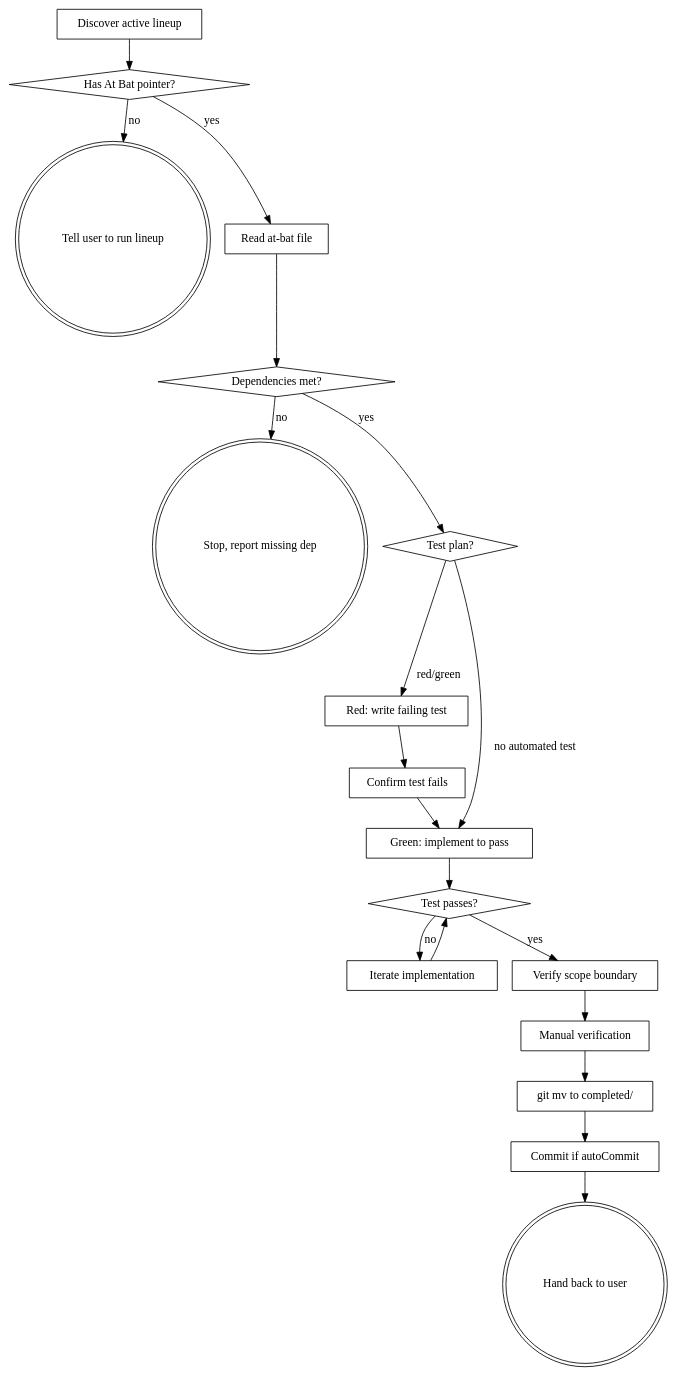
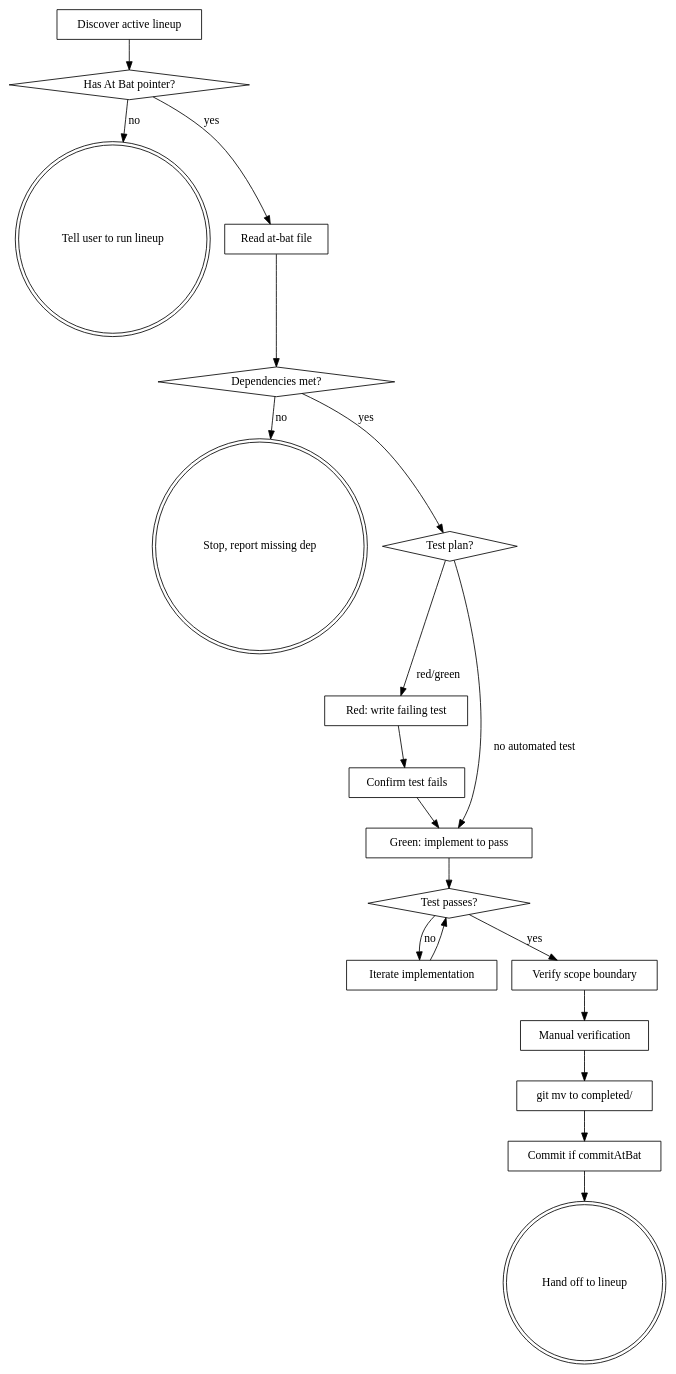
One commit to robmt/claude-tools changed the diagram in plugins/lineup/skills/at-bat/SKILL.md. Above: the diagram before and after it, drawn with Graphviz. The commit also changed other lines of this file and 14 other files, not shown here.

First line of the commit message:
Split commit flags, add autoContinue, mandate at-bat -> lineup verification

````diff
--- a/plugins/lineup/skills/at-bat/SKILL.md
+++ b/plugins/lineup/skills/at-bat/SKILL.md
@@ -115,40 +142,40 @@
 ```dot
 digraph atbat {
     "Discover active lineup" [shape=box];
     "Has At Bat pointer?" [shape=diamond];
     "Tell user to run lineup" [shape=doublecircle];
     "Read at-bat file" [shape=box];
     "Dependencies met?" [shape=diamond];
     "Stop, report missing dep" [shape=doublecircle];
     "Test plan?" [shape=diamond];
     "Red: write failing test" [shape=box];
     "Confirm test fails" [shape=box];
     "Green: implement to pass" [shape=box];
     "Test passes?" [shape=diamond];
     "Iterate implementation" [shape=box];
     "Verify scope boundary" [shape=box];
     "Manual verification" [shape=box];
     "git mv to completed/" [shape=box];
-    "Commit if autoCommit" [shape=box];
-    "Hand back to user" [shape=doublecircle];
+    "Commit if commitAtBat" [shape=box];
 
     "Discover active lineup" -> "Has At Bat pointer?";
     "Has At Bat pointer?" -> "Tell user to run lineup" [label="no"];
     "Has At Bat pointer?" -> "Read at-bat file" [label="yes"];
     "Read at-bat file" -> "Dependencies met?";
     "Dependencies met?" -> "Stop, report missing dep" [label="no"];
     "Dependencies met?" -> "Test plan?" [label="yes"];
     "Test plan?" -> "Red: write failing test" [label="red/green"];
     "Test plan?" -> "Green: implement to pass" [label="no automated test"];
     "Red: write failing test" -> "Confirm test fails";
     "Confirm test fails" -> "Green: implement to pass";
     "Green: implement to pass" -> "Test passes?";
     "Test passes?" -> "Iterate implementation" [label="no"];
     "Iterate implementation" -> "Test passes?";
     "Test passes?" -> "Verify scope boundary" [label="yes"];
     "Verify scope boundary" -> "Manual verification";
     "Manual verification" -> "git mv to completed/";
-    "git mv to completed/" -> "Commit if autoCommit";
-    "Commit if autoCommit" -> "Hand back to user";
+    "git mv to completed/" -> "Commit if commitAtBat";
+    "Commit if commitAtBat" -> "Hand off to lineup";
+    "Hand off to lineup" [shape=doublecircle];
 }
 ```
````
